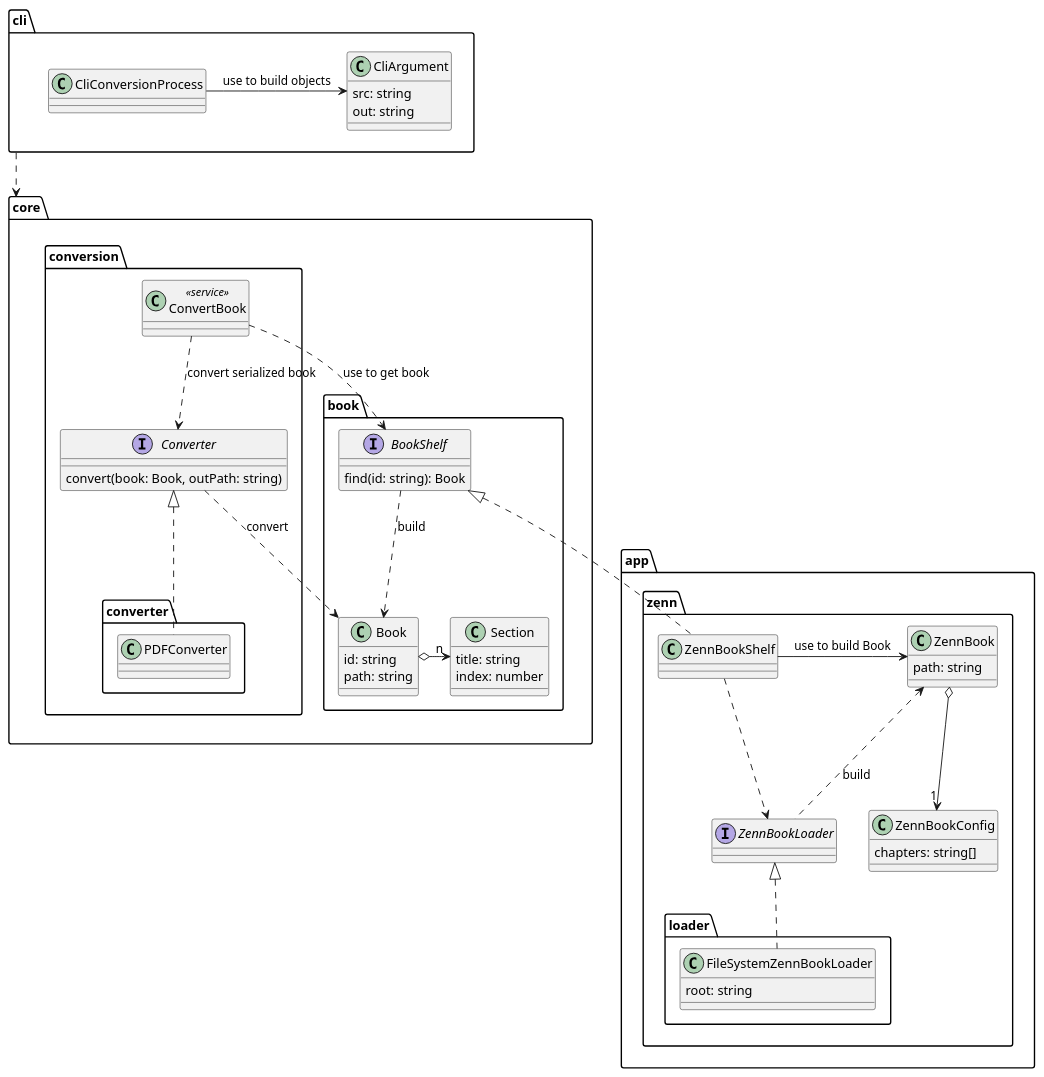
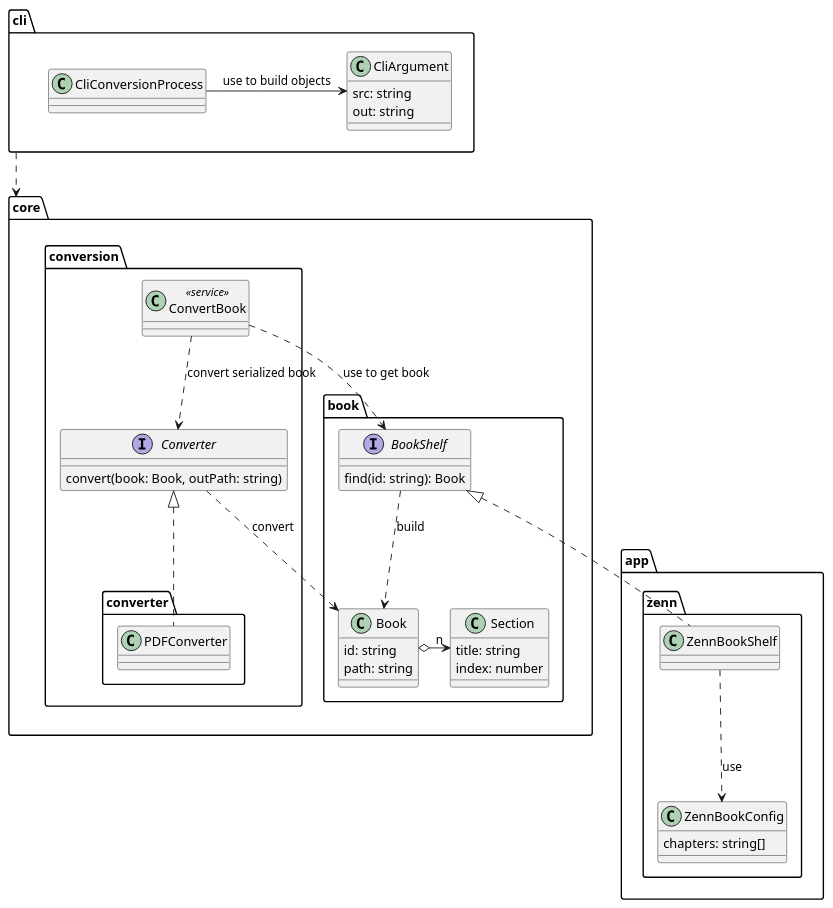
One commit to tooppoo/zenn-docs changed the diagram in scripts/books/book-to-pdf/docs/model.puml. Above: the diagram before and after it, drawn with PlantUML. The commit also changed 3 other files, not shown here.

```diff
--- a/scripts/books/book-to-pdf/docs/model.puml
+++ b/scripts/books/book-to-pdf/docs/model.puml
@@ -1,76 +1,61 @@
 @startuml model to build pdf from markdown
 package core {
   package book {
     class Book {
       id: string
       path: string
     }
     class Section {
       title: string
       index: number
     }
 
     Book o-r-> "n" Section
 
     interface BookShelf {
       find(id: string): Book
     }
     BookShelf ..> Book : build
   }
 
   package conversion {
     interface Converter {
       convert(book: Book, outPath: string)
     }
     Converter ..> Book : convert
 
     class ConvertBook << service >>
     ConvertBook ..> Converter : convert serialized book
     ConvertBook ..> BookShelf : use to get book
 
     package converter {
       class PDFConverter
       PDFConverter .u.|> Converter
     }
   }
 }
 
 package app {
   package zenn {
     class ZennBookShelf
     ZennBookShelf .u.|> BookShelf
 
-    class ZennBook {
-      path: string
-    }
     class ZennBookConfig {
       chapters: string[]
     }
-    ZennBook o--> "1" ZennBookConfig
-    ZennBookShelf -r-> ZennBook : use to build Book
-
-    interface ZennBookLoader
-    ZennBookShelf ..> ZennBookLoader
-    ZennBookLoader .u.> ZennBook : build
-
-    package loader {
-      class FileSystemZennBookLoader {
-        root: string
-      }
-      FileSystemZennBookLoader .u.|> ZennBookLoader
-    }
+    ZennBookShelf ..> ZennBookConfig : use
   }
 }
 
 package cli {
   class CliArgument {
     src: string
     out: string
   }
 
   class CliConversionProcess
   CliConversionProcess -r-> CliArgument : use to build objects
 }
 
 cli ..> core
 @enduml
```
